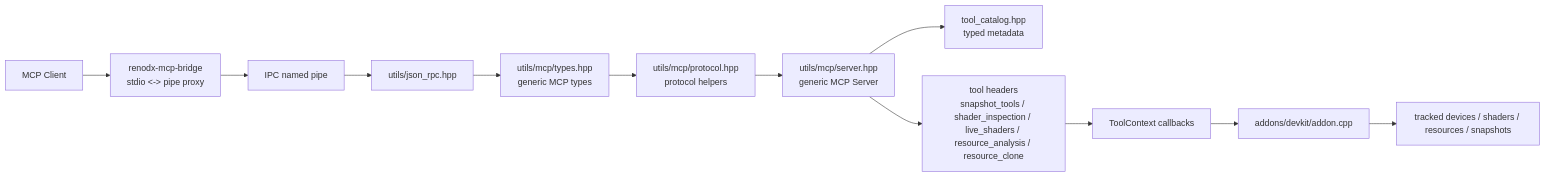
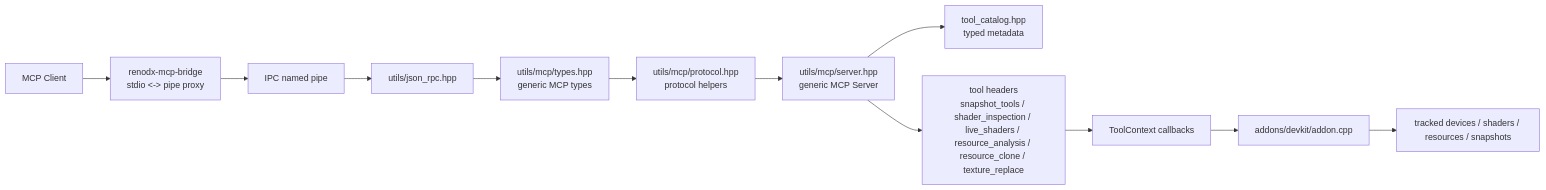
The first of 2 diagrams in src/addons/devkit/mcp/README.md (Vulta93/renodx), drawn with Mermaid before and after one commit. The commit also changed other lines of this file and 51 other files, not shown here.

````diff
--- a/src/addons/devkit/mcp/README.md
+++ b/src/addons/devkit/mcp/README.md
@@ -19,27 +19,27 @@
 ```mermaid
 flowchart LR
     Client["MCP Client"]
     Bridge["renodx-mcp-bridge<br/>stdio <-> pipe proxy"]
     Pipe["IPC named pipe"]
     Rpc["utils/json_rpc.hpp"]
     Types["utils/mcp/types.hpp<br/>generic MCP types"]
     Protocol["utils/mcp/protocol.hpp<br/>protocol helpers"]
     Server["utils/mcp/server.hpp<br/>generic MCP Server"]
     Catalog["tool_catalog.hpp<br/>typed metadata"]
-    Handlers["tool headers<br/>snapshot_tools / shader_inspection / live_shaders / resource_analysis / resource_clone"]
+    Handlers["tool headers<br/>snapshot_tools / shader_inspection / live_shaders / resource_analysis / resource_clone / texture_replace"]
     Context["ToolContext callbacks"]
     Addon["addons/devkit/addon.cpp"]
     Runtime["tracked devices / shaders / resources / snapshots"]
 
     Client --> Bridge
     Bridge --> Pipe
     Pipe --> Rpc
     Rpc --> Types
     Types --> Protocol
     Protocol --> Server
     Server --> Catalog
     Server --> Handlers
     Handlers --> Context
     Context --> Addon
     Addon --> Runtime
 ```
````
